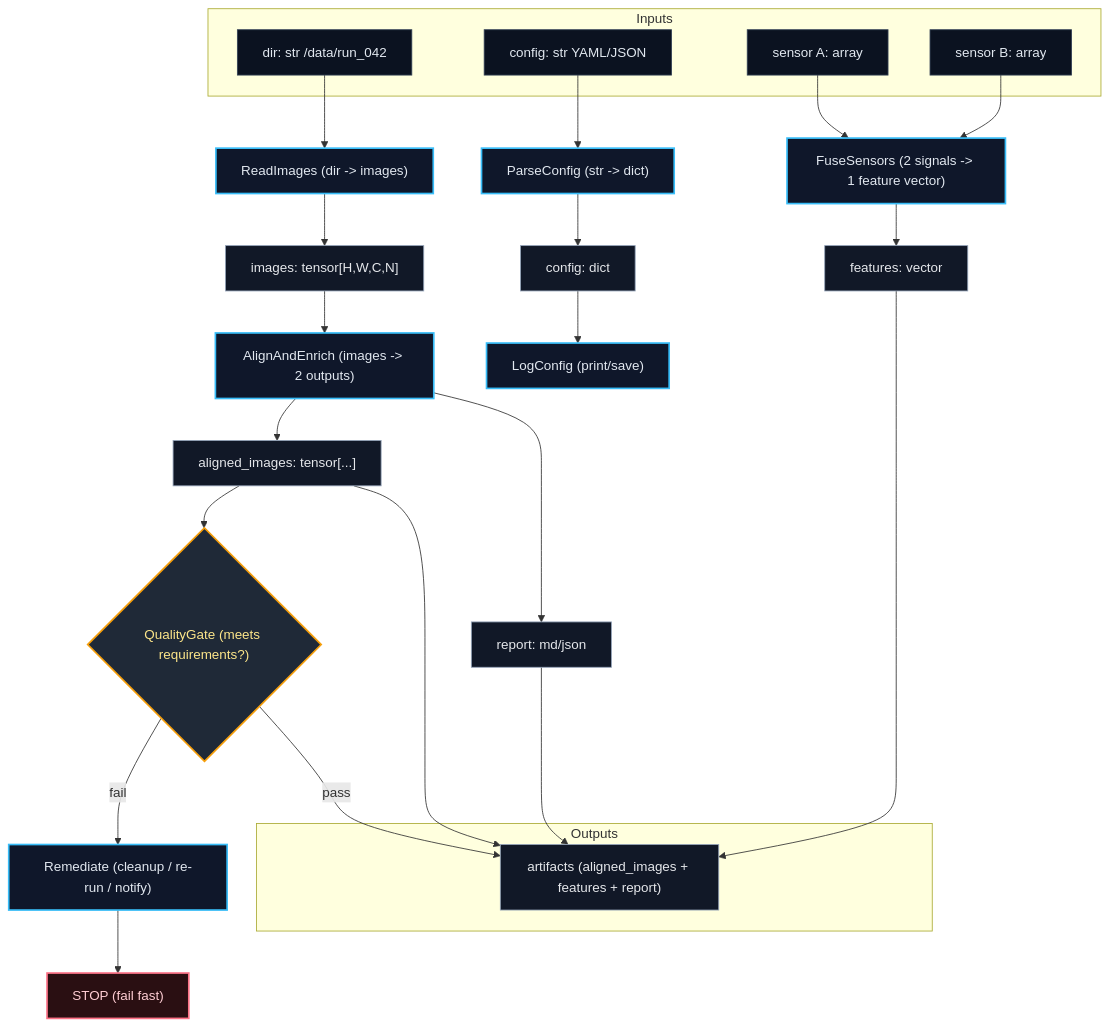
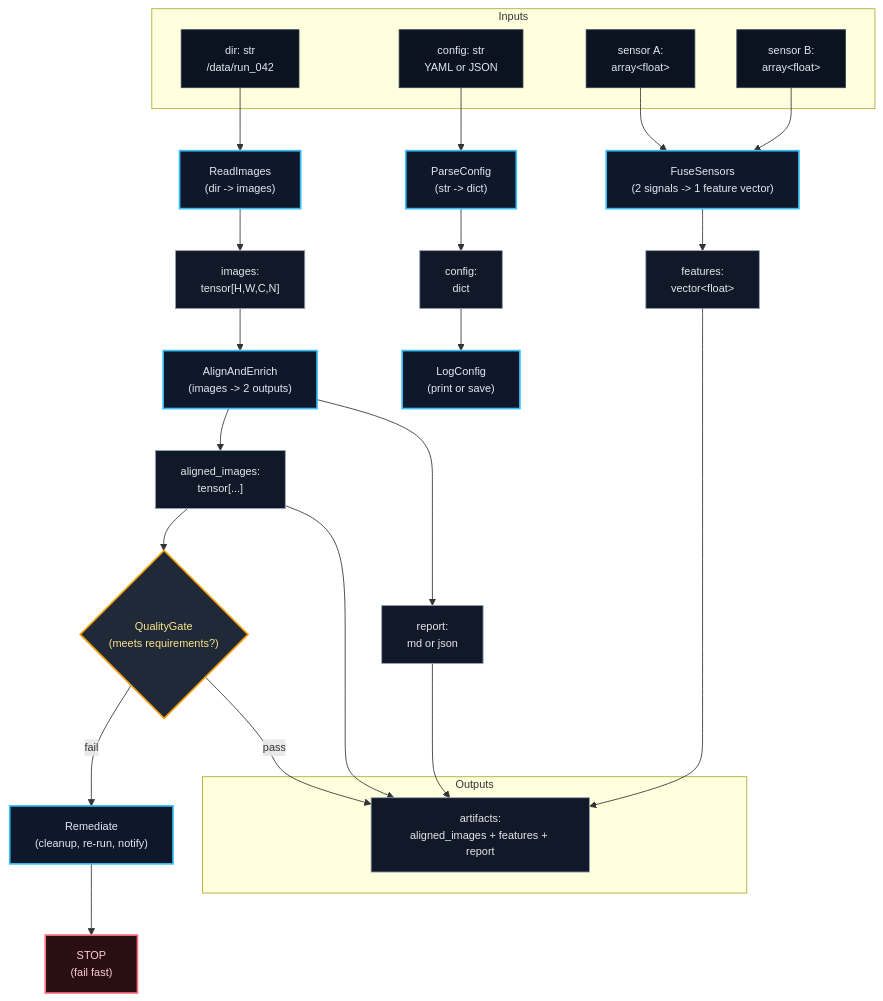
The diagram in README.md (Andrew-XQY/XFlow), drawn with Mermaid before and after one commit.

````diff
--- a/README.md
+++ b/README.md
@@ -41,65 +41,66 @@
 ```mermaid
+%%{init: {"themeVariables": {"fontSize": "13px"}, "flowchart": {"htmlLabels": true}}}%%
 flowchart TD
   classDef src fill:#0b1220,stroke:#334155,stroke-width:1px,color:#e2e8f0;
   classDef op fill:#0f172a,stroke:#38bdf8,stroke-width:2px,color:#e2e8f0;
   classDef io fill:#111827,stroke:#94a3b8,stroke-width:1px,color:#e5e7eb;
   classDef gate fill:#1f2937,stroke:#f59e0b,stroke-width:2px,color:#fde68a;
   classDef stop fill:#2a0f12,stroke:#fb7185,stroke-width:2px,color:#fecdd3;
 
   subgraph Inputs["Inputs"]
-    DIR["dir: str  /data/run_042"]:::src
-    CFG["config: str  YAML/JSON"]:::src
-    A1["sensor A: array<float>"]:::src
-    A2["sensor B: array<float>"]:::src
+    DIR["dir: str<br/>/data/run_042"]:::src
+    CFG["config: str<br/>YAML or JSON"]:::src
+    A1["sensor A:<br/>array&lt;float&gt;"]:::src
+    A2["sensor B:<br/>array&lt;float&gt;"]:::src
   end
 
-  READ["ReadImages (dir -> images)"]:::op
-  PARSE["ParseConfig (str -> dict)"]:::op
+  READ["ReadImages<br/>(dir -> images)"]:::op
+  PARSE["ParseConfig<br/>(str -> dict)"]:::op
 
   DIR --> READ
   CFG --> PARSE
 
-  IMGS["images: tensor[H,W,C,N]"]:::io
-  CONF["config: dict"]:::io
+  IMGS["images:<br/>tensor[H,W,C,N]"]:::io
+  CONF["config:<br/>dict"]:::io
 
   READ --> IMGS
   PARSE --> CONF
 
-  LOG["LogConfig (print/save)"]:::op
+  LOG["LogConfig<br/>(print or save)"]:::op
   CONF --> LOG
 
-  JOIN["AlignAndEnrich (images -> 2 outputs)"]:::op
+  JOIN["AlignAndEnrich<br/>(images -> 2 outputs)"]:::op
   IMGS --> JOIN
 
-  ALN["aligned_images: tensor[...]"]:::io
-  REP["report: md/json"]:::io
+  ALN["aligned_images:<br/>tensor[...]"]:::io
+  REP["report:<br/>md or json"]:::io
 
   JOIN --> ALN
   JOIN --> REP
 
-  FUSE["FuseSensors (2 signals -> 1 feature vector)"]:::op
+  FUSE["FuseSensors<br/>(2 signals -> 1 feature vector)"]:::op
   A1 --> FUSE
   A2 --> FUSE
 
-  FEAT["features: vector<float>"]:::io
+  FEAT["features:<br/>vector&lt;float&gt;"]:::io
   FUSE --> FEAT
 
-  GATE{"QualityGate (meets requirements?)"}:::gate
+  GATE{"QualityGate<br/>(meets requirements?)"}:::gate
   ALN --> GATE
 
-  FIX["Remediate (cleanup / re-run / notify)"]:::op
-  STOP["STOP (fail fast)"]:::stop
+  FIX["Remediate<br/>(cleanup, re-run, notify)"]:::op
+  STOP["STOP<br/>(fail fast)"]:::stop
 
   GATE -->|fail| FIX
   FIX --> STOP
 
   subgraph Outputs["Outputs"]
-    OUT["artifacts (aligned_images + features + report)"]:::io
+    OUT["artifacts:<br/>aligned_images + features + report"]:::io
   end
 
   ALN --> OUT
   FEAT --> OUT
   REP --> OUT
 
   GATE -->|pass| OUT
 ```
````
